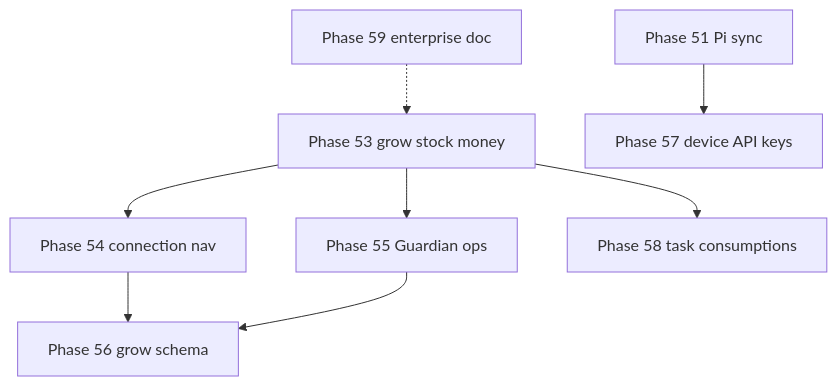
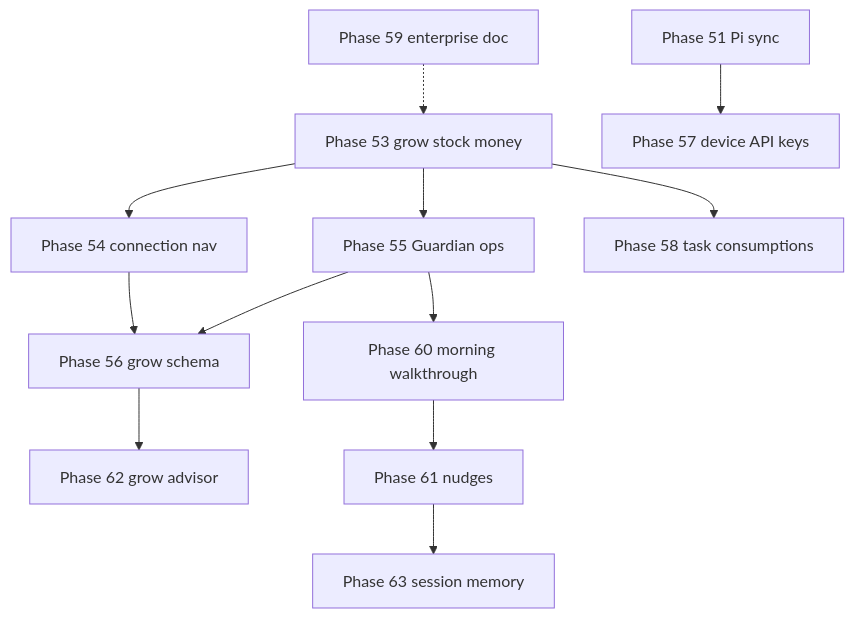
One commit to dgang0404/gr33n changed the diagram in docs/plans/phase_53_59_roadmap.plan.md. Above: the diagram before and after it, drawn with Mermaid. The commit also changed other lines of this file and 6 other files, not shown here.

````diff
--- a/docs/plans/phase_53_59_roadmap.plan.md
+++ b/docs/plans/phase_53_59_roadmap.plan.md
@@ -63,13 +74,17 @@
 ```mermaid
 flowchart TB
   P53[Phase 53 grow stock money]
   P54[Phase 54 connection nav]
   P55[Phase 55 Guardian ops]
   P53 --> P54
   P53 --> P55
   P54 --> P56[Phase 56 grow schema]
   P55 --> P56
+  P55 --> P60[Phase 60 morning walkthrough]
+  P60 --> P61[Phase 61 nudges]
+  P56 --> P62[Phase 62 grow advisor]
+  P61 --> P63[Phase 63 session memory]
   P53 --> P58[Phase 58 task consumptions]
   P51[Phase 51 Pi sync] --> P57[Phase 57 device API keys]
   P59[Phase 59 enterprise doc] -.-> P53
 ```
````
